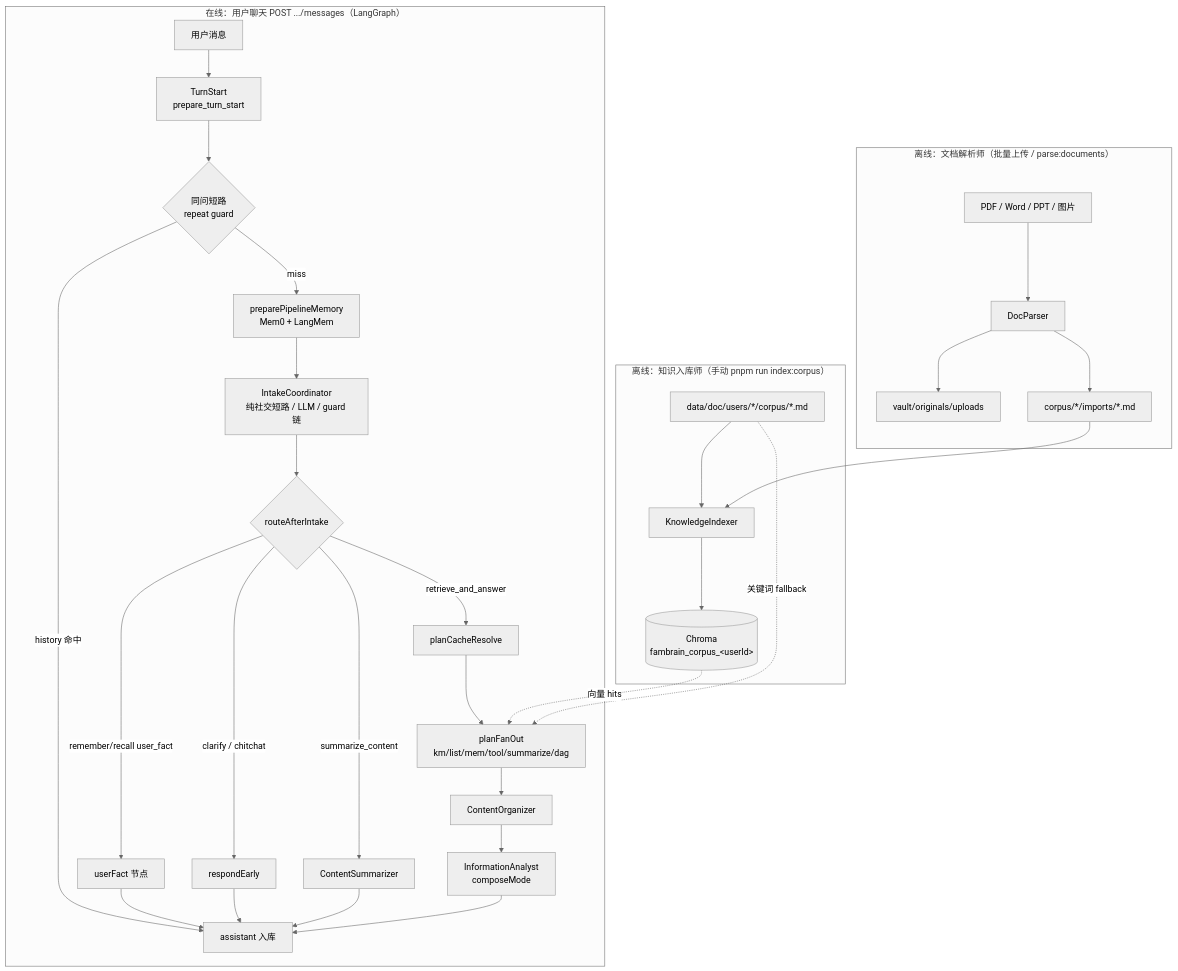
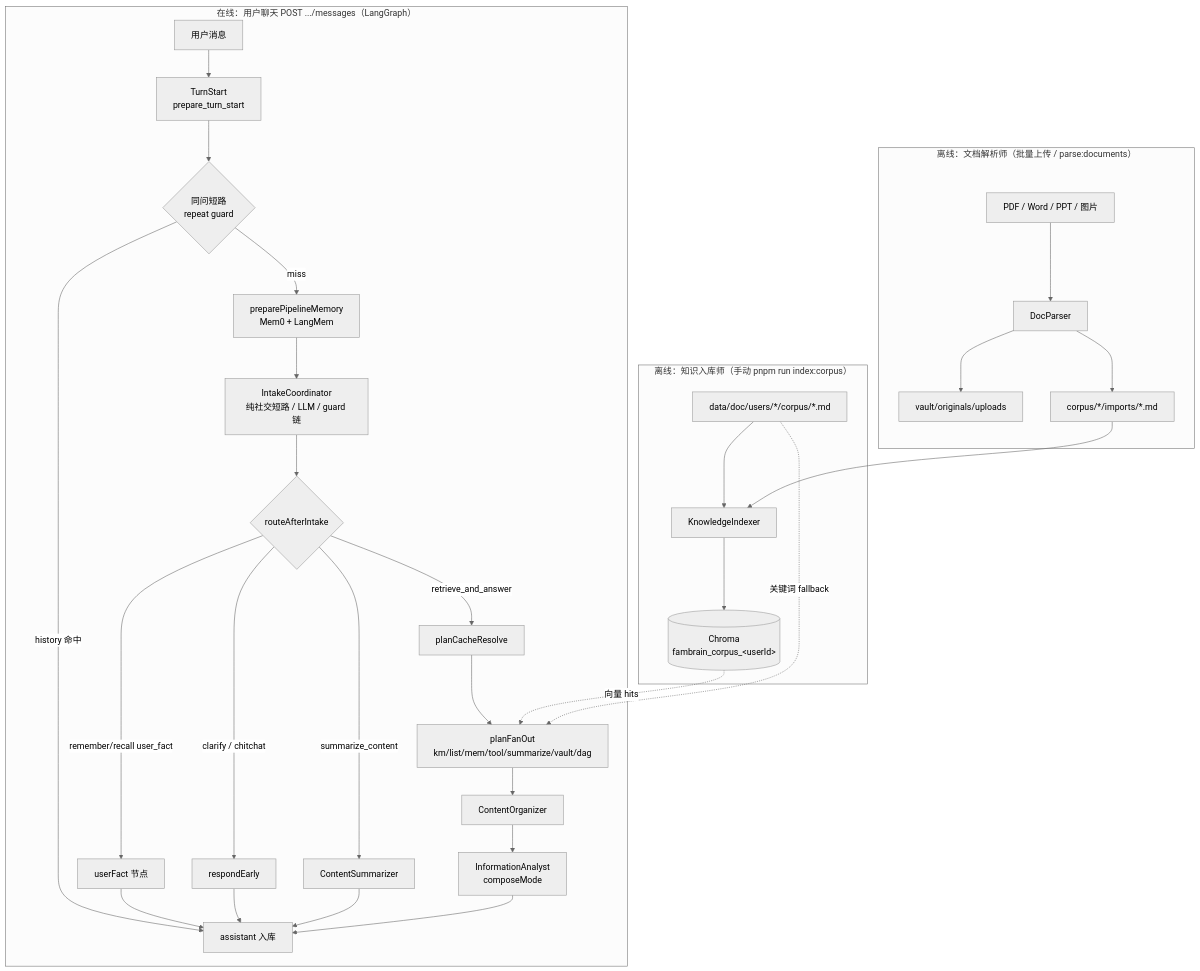
The first of 13 diagrams in docs/02-agent-flows.md (panzhanfei/agent), drawn with Mermaid (neutral theme) before and after one commit. The commit also changed other lines of this file and 76 other files, not shown here.

````diff
--- a/docs/02-agent-flows.md
+++ b/docs/02-agent-flows.md
@@ -41,43 +54,43 @@
 ```mermaid
 flowchart TB
   subgraph offline ["离线：知识入库师（手动 pnpm run index:corpus）"]
     MD["data/doc/users/*/corpus/*.md"]
     KI["KnowledgeIndexer"]
     CH[("Chroma<br/>fambrain_corpus_&lt;userId&gt;")]
     MD --> KI --> CH
   end
 
   subgraph ingest ["离线：文档解析师（批量上传 / parse:documents）"]
     UP["PDF / Word / PPT / 图片"]
     DP["DocParser"]
     VAULT["vault/originals/uploads"]
     IMP["corpus/*/imports/*.md"]
     UP --> DP
     DP --> VAULT
     DP --> IMP
     IMP --> KI
   end
 
   subgraph online ["在线：用户聊天 POST .../messages（LangGraph）"]
     U[用户消息] --> PT[TurnStart<br/>prepare_turn_start]
     PT --> REP{同问短路<br/>repeat guard}
     REP -->|history 命中| OUT[assistant 流式输出]
     REP -->|miss| MEM["preparePipelineMemory<br/>Mem0 + LangMem"]
     MEM --> IC[IntakeCoordinator<br/>纯社交短路 / LLM / guard 链]
     IC --> P{routeAfterIntake}
     P -->|remember/recall user_fact| UF[userFact 节点]
     P -->|clarify / chitchat| R1[respondEarly]
     P -->|summarize_content| SUM[ContentSummarizer]
     P -->|retrieve_and_answer| PCR[planCacheResolve]
-    PCR --> PE[planFanOut<br/>km/list/mem/tool/summarize/dag]
+    PCR --> PE[planFanOut<br/>km/list/mem/tool/summarize/vault/dag]
     PE --> CO[ContentOrganizer]
     CO --> IA[InformationAnalyst<br/>composeMode]
     IA --> OUT[assistant 入库]
     UF --> OUT
     R1 --> OUT
     SUM --> OUT
   end
 
   CH -.->|向量 hits| PE
   MD -.->|关键词 fallback| PE
 ```
````
